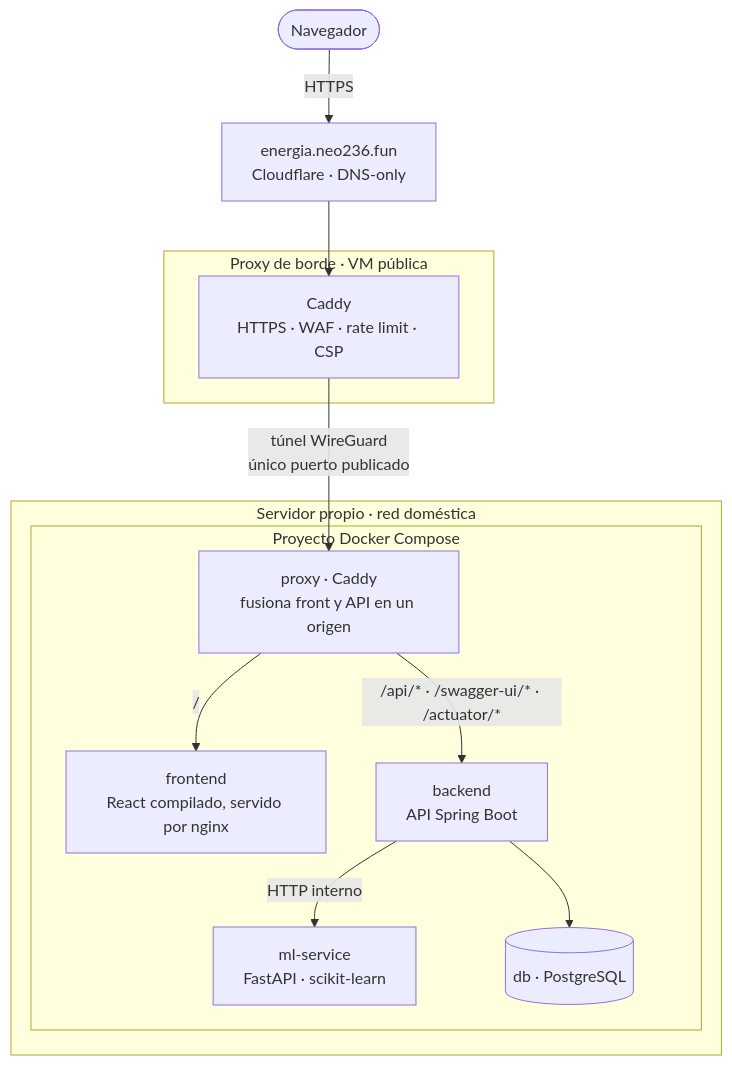
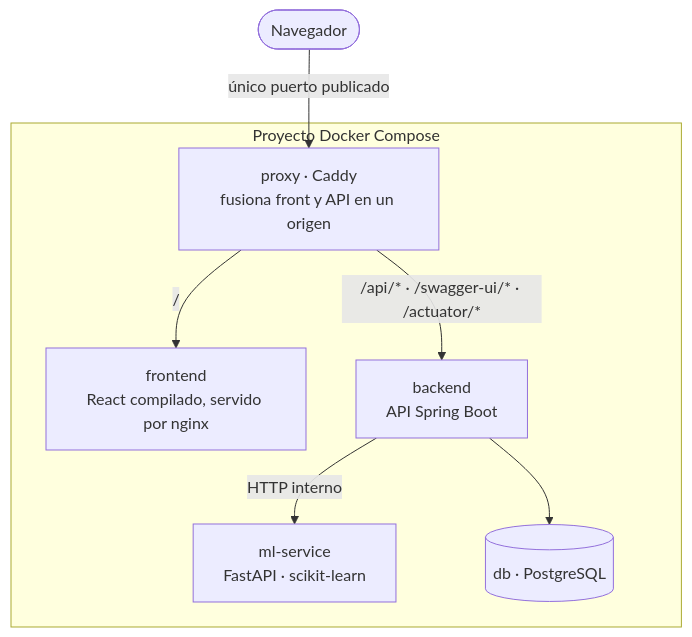
One commit to Neo236/EnergIA changed the diagram in docs/architecture/README.md. Above: the diagram before and after it, drawn with Mermaid. The commit also changed other lines of this file and 14 other files, not shown here.

````diff
--- a/docs/architecture/README.md
+++ b/docs/architecture/README.md
@@ -5,26 +5,18 @@
 ```mermaid
 flowchart TB
     U(["Navegador"])
-    DNS["energia.neo236.fun<br/>Cloudflare · DNS-only"]
 
-    subgraph EDGE["Proxy de borde · VM pública"]
-        CADDY["Caddy<br/>HTTPS · WAF · rate limit · CSP"]
+    subgraph STACK["Proyecto Docker Compose"]
+        PROXY["proxy · Caddy<br/>fusiona front y API en un origen"]
+        F["frontend<br/>React compilado, servido por nginx"]
+        B["backend<br/>API Spring Boot"]
+        ML["ml-service<br/>FastAPI · scikit-learn"]
+        DB[("db · PostgreSQL")]
     end
 
-    subgraph SRV["Servidor propio · red doméstica"]
-        subgraph STACK["Proyecto Docker Compose"]
-            PROXY["proxy · Caddy<br/>fusiona front y API en un origen"]
-            F["frontend<br/>React compilado, servido por nginx"]
-            B["backend<br/>API Spring Boot"]
-            ML["ml-service<br/>FastAPI · scikit-learn"]
-            DB[("db · PostgreSQL")]
-        end
-    end
-
-    U -->|HTTPS| DNS --> CADDY
-    CADDY -->|"túnel WireGuard<br/>único puerto publicado"| PROXY
+    U -->|"único puerto publicado"| PROXY
     PROXY -->|"/"| F
     PROXY -->|"/api/* · /swagger-ui/* · /actuator/*"| B
-    B -->|HTTP interno| ML
+    B -->|"HTTP interno"| ML
     B --> DB
 ```
````
